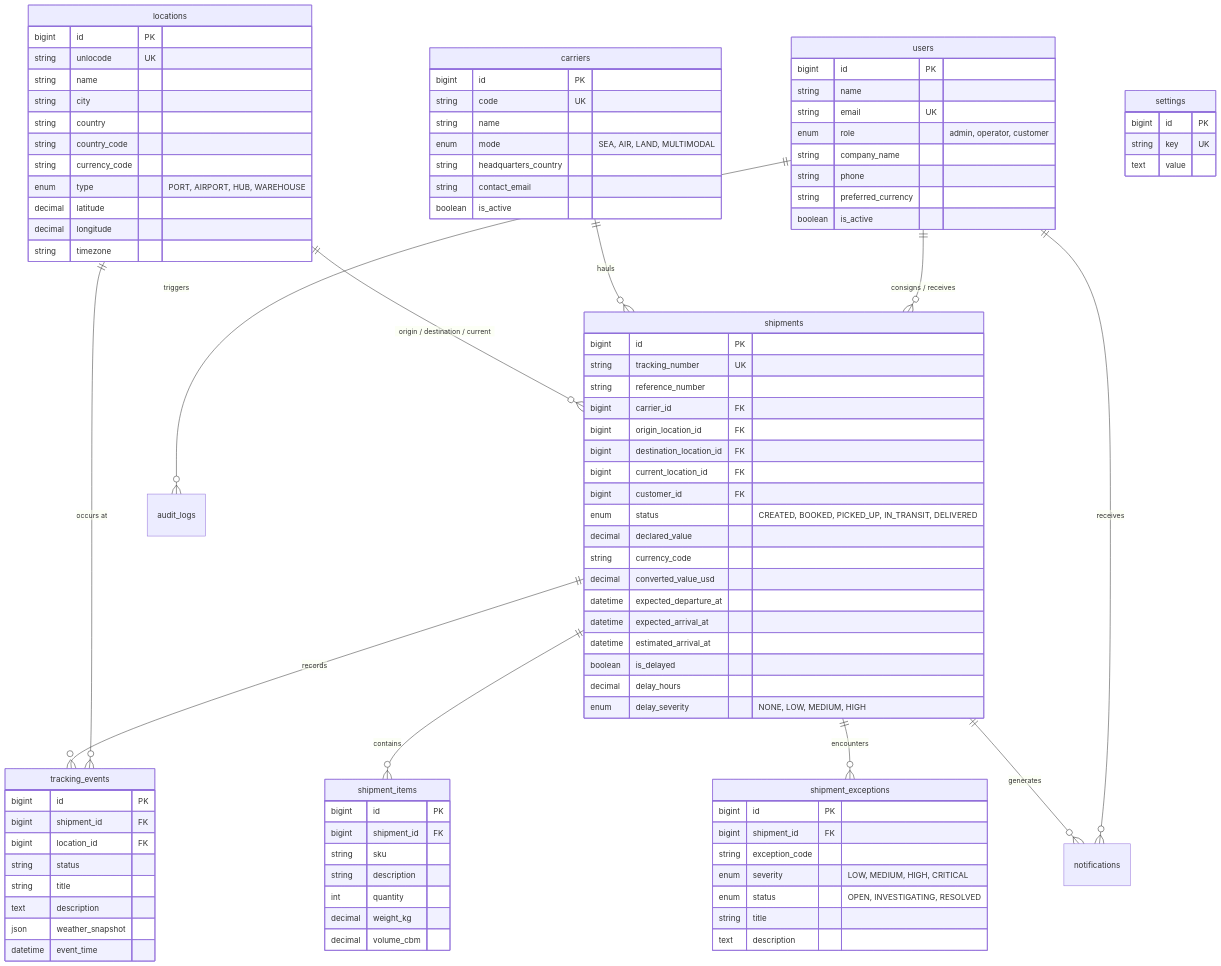
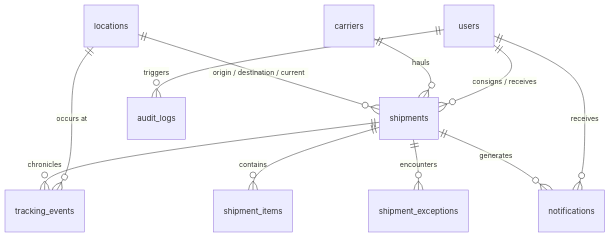
One commit to rapiewww/cargotrace changed the second of 2 diagrams in README.md. Above: the diagram before and after it, drawn with Mermaid. The commit also changed other lines of this file and 172 other files, not shown here.

````diff
--- a/README.md
+++ b/README.md
@@ -115,100 +82,7 @@
     locations ||--o{ shipments : "origin / destination / current"
     locations ||--o{ tracking_events : "occurs at"
     shipments ||--o{ shipment_items : "contains"
-    shipments ||--o{ tracking_events : "records"
+    shipments ||--o{ tracking_events : "chronicles"
     shipments ||--o{ shipment_exceptions : "encounters"
     shipments ||--o{ notifications : "generates"
-
-    users {
-        bigint id PK
-        string name
-        string email UK
-        enum role "admin, operator, customer"
-        string company_name
-        string phone
-        string preferred_currency
-        boolean is_active
-    }
-
-    carriers {
-        bigint id PK
-        string code UK
-        string name
-        enum mode "SEA, AIR, LAND, MULTIMODAL"
-        string headquarters_country
-        string contact_email
-        boolean is_active
-    }
-
-    locations {
-        bigint id PK
-        string unlocode UK
-        string name
-        string city
-        string country
-        string country_code
-        string currency_code
-        enum type "PORT, AIRPORT, HUB, WAREHOUSE"
-        decimal latitude
-        decimal longitude
-        string timezone
-    }
-
-    shipments {
-        bigint id PK
-        string tracking_number UK
-        string reference_number
-        bigint carrier_id FK
-        bigint origin_location_id FK
-        bigint destination_location_id FK
-        bigint current_location_id FK
-        bigint customer_id FK
-        enum status "CREATED, BOOKED, PICKED_UP, IN_TRANSIT, DELIVERED"
-        decimal declared_value
-        string currency_code
-        decimal converted_value_usd
-        datetime expected_departure_at
-        datetime expected_arrival_at
-        datetime estimated_arrival_at
-        boolean is_delayed
-        decimal delay_hours
-        enum delay_severity "NONE, LOW, MEDIUM, HIGH"
-    }
-
-    shipment_items {
-        bigint id PK
-        bigint shipment_id FK
-        string sku
-        string description
-        int quantity
-        decimal weight_kg
-        decimal volume_cbm
-    }
-
-    tracking_events {
-        bigint id PK
-        bigint shipment_id FK
-        bigint location_id FK
-        string status
-        string title
-        text description
-        json weather_snapshot
-        datetime event_time
-    }
-
-    shipment_exceptions {
-        bigint id PK
-        bigint shipment_id FK
-        string exception_code
-        enum severity "LOW, MEDIUM, HIGH, CRITICAL"
-        enum status "OPEN, INVESTIGATING, RESOLVED"
-        string title
-        text description
-    }
-
-    settings {
-        bigint id PK
-        string key UK
-        text value
-    }
 ```
````
